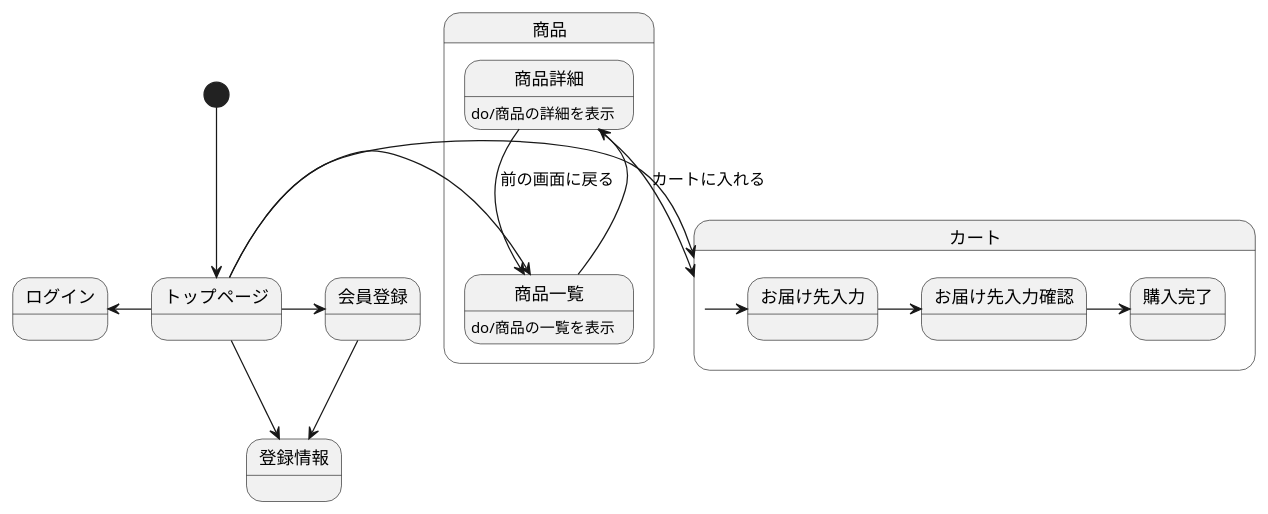
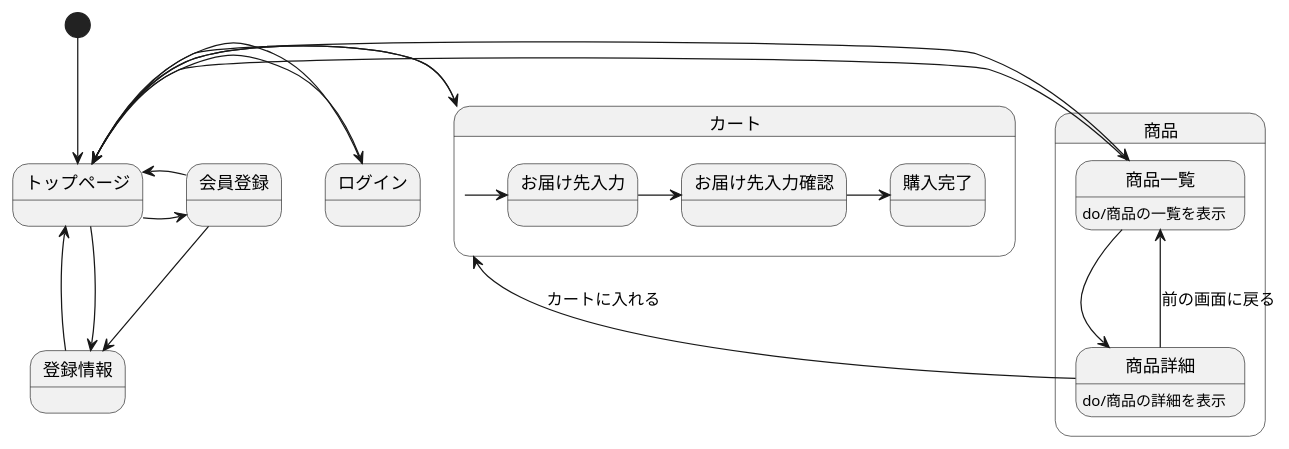
Before and after one commit to aso2001190/sys2021-design: the diagram in stm01.md, drawn with PlantUML.

````diff
--- a/stm01.md
+++ b/stm01.md
@@ -1,30 +1,39 @@
 ```uml
 @startuml
 
  state 商品 {
 商品詳細 : do/商品の詳細を表示
 商品一覧 : do/商品の一覧を表示
 }
 
 [*] --> トップページ
 トップページ -> 会員登録
 トップページ -left-> ログイン
 トップページ -left-> カート
 トップページ --> 登録情報
 トップページ --> 商品一覧
+
+
+トップページ <- 会員登録
+トップページ <- ログイン
+トップページ <- カート
+トップページ <- 登録情報
+トップページ <- 商品一覧
+
+
 
 商品一覧 --> 商品詳細 
 商品詳細 --> 商品一覧 : 前の画面に戻る
 商品詳細 --> カート : カートに入れる
 
 
 会員登録 --> 登録情報
 
 state カート {
 カート -> お届け先入力
 お届け先入力 -> お届け先入力確認
 お届け先入力確認 -> 購入完了
 }
 
 @enduml
 ```
````
